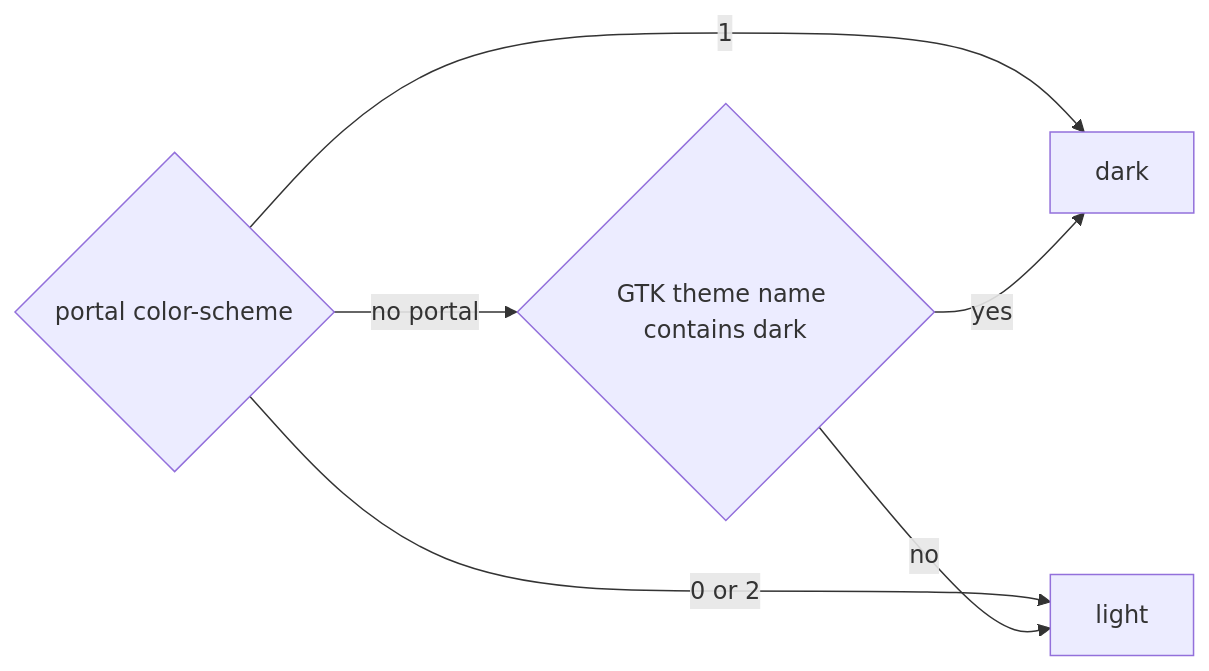
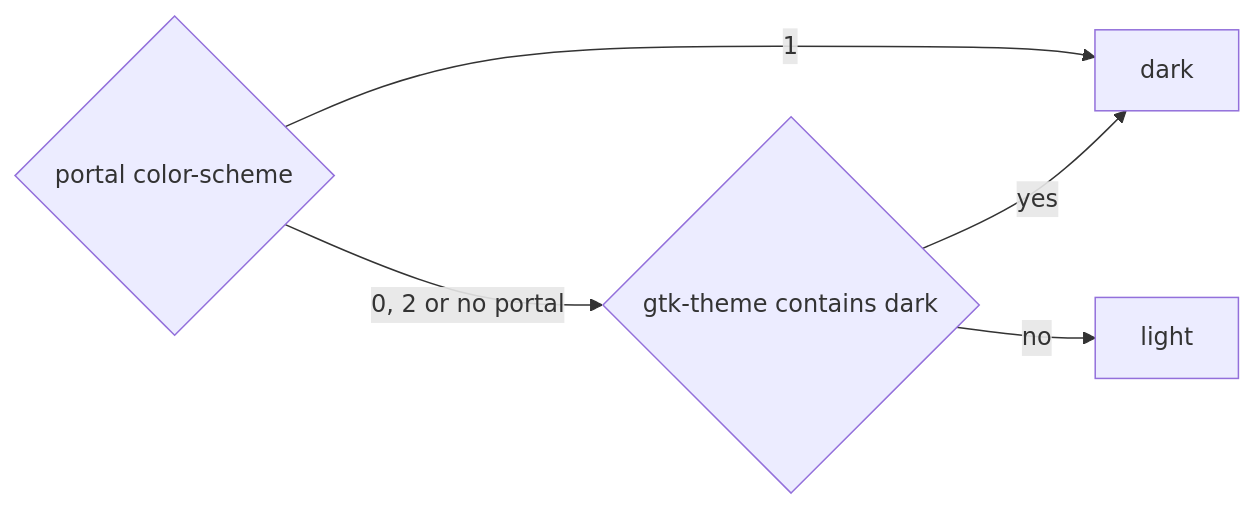
Before and after one commit to simplex-chat/simplex-chat: the seventh of 11 diagrams in plans/2026-11-19-linux-desktop.md, drawn with Mermaid. The commit also changed other lines of this file, not shown here.

Commit message:
plans: tray, dark mode and keyring as implemented

````diff
--- a/plans/2026-11-19-linux-desktop.md
+++ b/plans/2026-11-19-linux-desktop.md
@@ -318,8 +321,7 @@
 ```mermaid
 flowchart LR
   P{portal color-scheme} -->|1| Dark[dark]
-  P -->|0 or 2| Light[light]
-  P -->|no portal| G{GTK theme name contains dark}
+  P -->|0, 2 or no portal| G{gtk-theme contains dark}
   G -->|yes| Dark
-  G -->|no| Light
+  G -->|no| Light[light]
 ```
````
